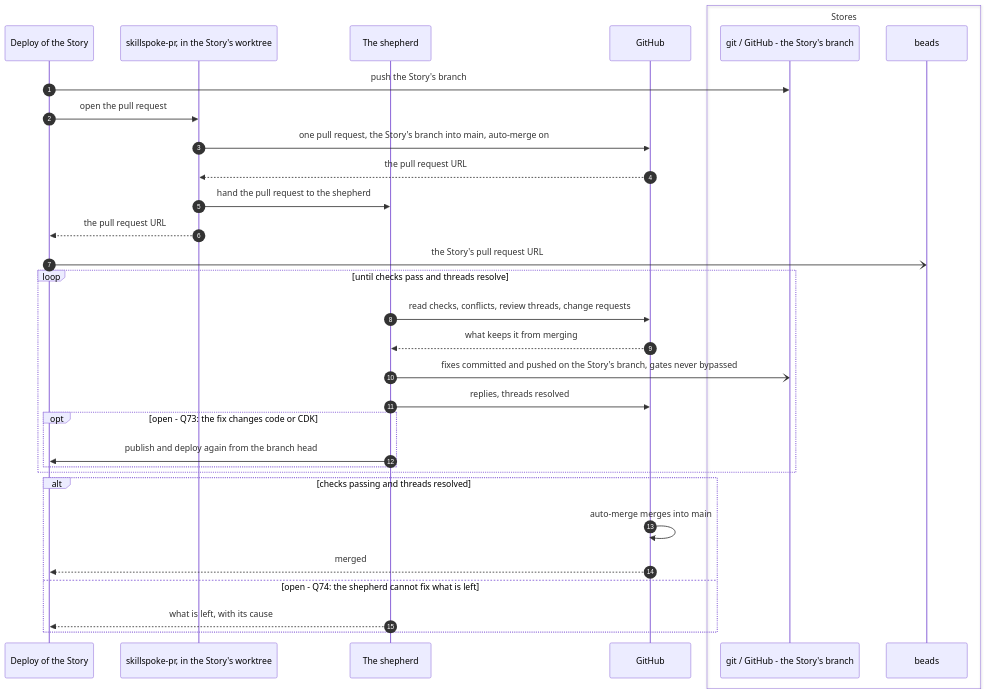
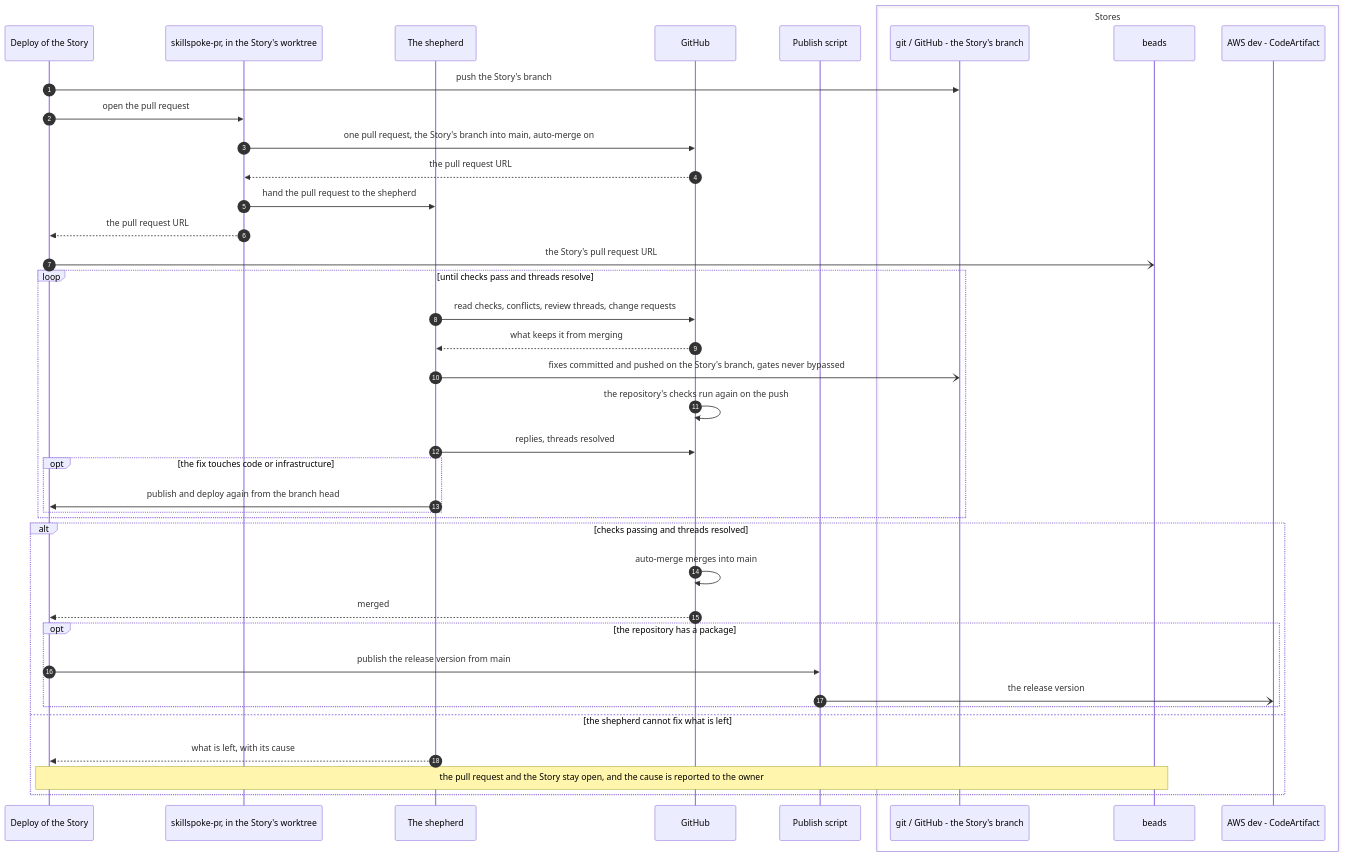
Before and after one commit to mark-satterfield/toolset: the sixth of 9 diagrams in plugins/agent-teams-workforce/blueprint/design/pipelines-deploy.md, drawn with Mermaid. The commit also changed other lines of this file and 2 other files, not shown here.

First line of the commit message:
docs(blueprint): decide the driver, PRD and deploy questions that are not the owner's

````diff
--- a/plugins/agent-teams-workforce/blueprint/design/pipelines-deploy.md
+++ b/plugins/agent-teams-workforce/blueprint/design/pipelines-deploy.md
@@ -365,35 +403,43 @@
 ```mermaid
 sequenceDiagram
     autonumber
     participant DW as Deploy of the Story
     participant PRC as skillspoke-pr, in the Story's worktree
     participant SH as The shepherd
     participant GH as GitHub
+    participant PUB as Publish script
     box Stores
         participant G as git / GitHub - the Story's branch
         participant BD as beads
+        participant AWS as AWS dev - CodeArtifact
     end
 
     DW->>G: push the Story's branch
     DW->>PRC: open the pull request
     PRC->>GH: one pull request, the Story's branch into main, auto-merge on
     GH-->>PRC: the pull request URL
     PRC->>SH: hand the pull request to the shepherd
     PRC-->>DW: the pull request URL
     DW-)BD: the Story's pull request URL
     loop until checks pass and threads resolve
         SH->>GH: read checks, conflicts, review threads, change requests
         GH-->>SH: what keeps it from merging
         SH-)G: fixes committed and pushed on the Story's branch, gates never bypassed
+        GH->>GH: the repository's checks run again on the push
         SH->>GH: replies, threads resolved
-        opt open - Q73: the fix changes code or CDK
+        opt the fix touches code or infrastructure
             SH->>DW: publish and deploy again from the branch head
         end
     end
     alt checks passing and threads resolved
         GH->>GH: auto-merge merges into main
         GH-->>DW: merged
-    else open - Q74: the shepherd cannot fix what is left
+        opt the repository has a package
+            DW->>PUB: publish the release version from main
+            PUB-)AWS: the release version
+        end
+    else the shepherd cannot fix what is left
         SH-->>DW: what is left, with its cause
+        Note over DW,BD: the pull request and the Story stay open, and the cause is reported to the owner
     end
 ```
````
